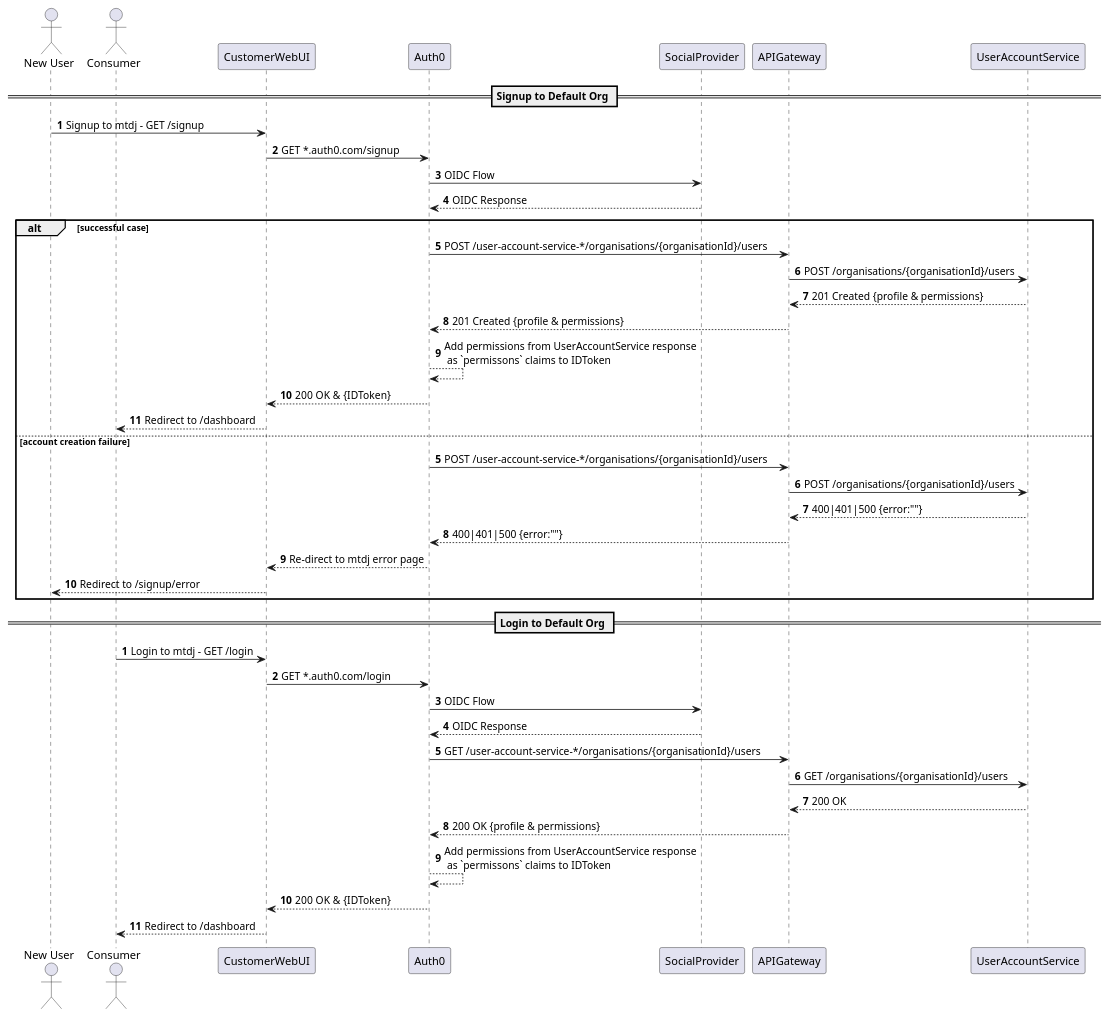
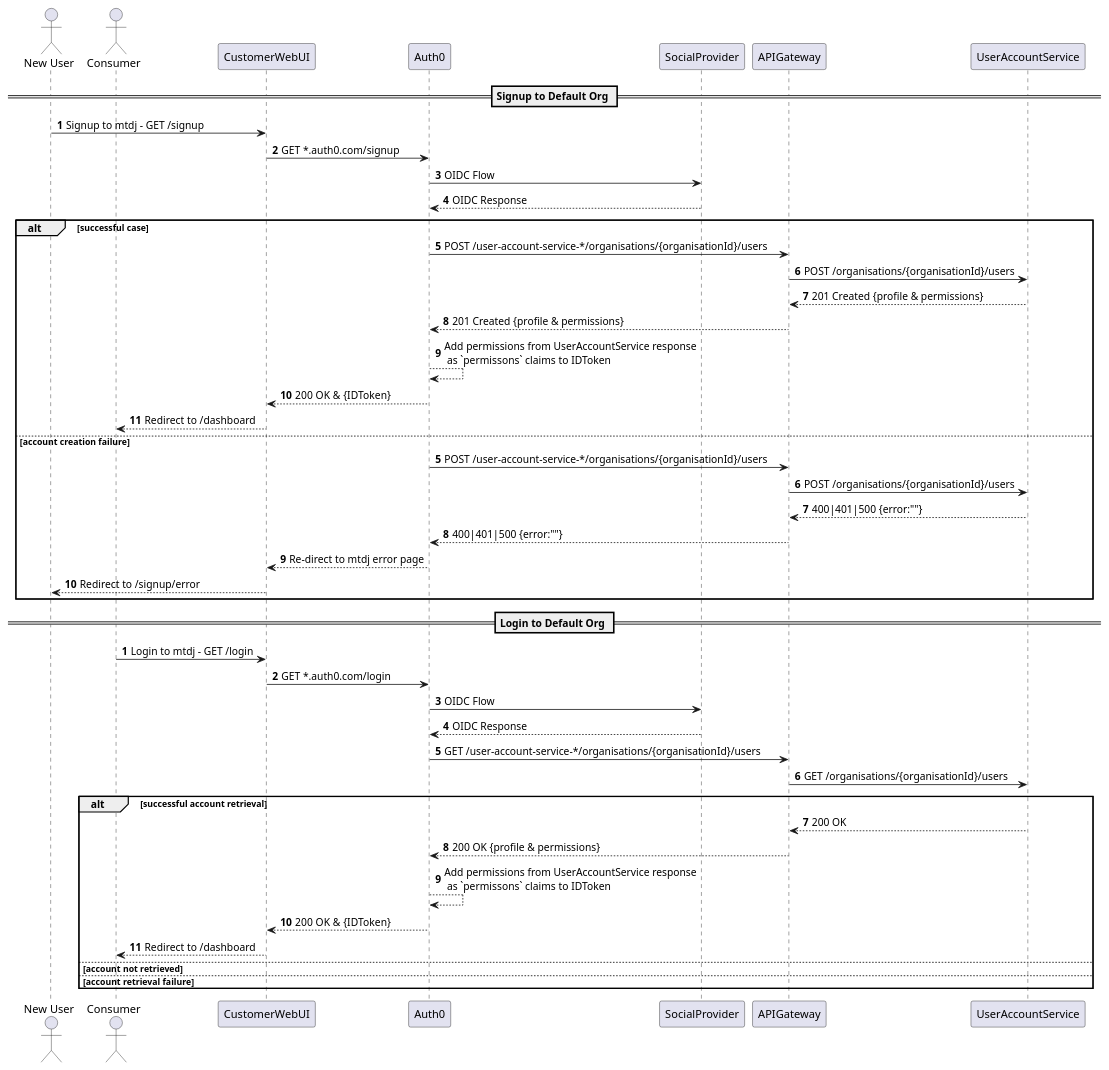
The diagram in diagrams/plantuml/consumer-auth-journey.puml (math-dojo/architecture), drawn with PlantUML before and after one commit.

Commit message:
Add cases for login scenario

```diff
--- a/diagrams/plantuml/consumer-auth-journey.puml
+++ b/diagrams/plantuml/consumer-auth-journey.puml
@@ -1,45 +1,49 @@
 @startuml consumer-auth-journey
 skinparam responseMessageBelowArrow true
 actor "New User" as N
 actor Consumer
 
 == Signup to Default Org ==
 autonumber
 N -> CustomerWebUI: Signup to mtdj - GET /signup
 CustomerWebUI -> Auth0: GET *.auth0.com/signup
 Auth0 -> SocialProvider: OIDC Flow
 SocialProvider --> Auth0: OIDC Response
 alt successful case
     Auth0 -> APIGateway: POST /user-account-service-*/organisations/{organisationId}/users
     APIGateway -> UserAccountService: POST /organisations/{organisationId}/users
     UserAccountService --> APIGateway: 201 Created {profile & permissions}
     APIGateway --> Auth0: 201 Created {profile & permissions}
     Auth0 --> Auth0: Add permissions from UserAccountService response\n as `permissons` claims to IDToken
     Auth0 --> CustomerWebUI: 200 OK & {IDToken}
     CustomerWebUI --> Consumer: Redirect to /dashboard
 else account creation failure
 autonumber 5
     Auth0 -> APIGateway: POST /user-account-service-*/organisations/{organisationId}/users
     APIGateway -> UserAccountService: POST /organisations/{organisationId}/users
     UserAccountService --> APIGateway: 400|401|500 {error:""}
     APIGateway --> Auth0: 400|401|500 {error:""}
     Auth0 --> CustomerWebUI: Re-direct to mtdj error page
     CustomerWebUI --> N: Redirect to /signup/error
 end
 
 
 == Login to Default Org ==
 autonumber
 Consumer -> CustomerWebUI: Login to mtdj - GET /login
 CustomerWebUI -> Auth0: GET *.auth0.com/login
 Auth0 -> SocialProvider: OIDC Flow
 SocialProvider --> Auth0: OIDC Response
 Auth0 -> APIGateway: GET /user-account-service-*/organisations/{organisationId}/users
 APIGateway -> UserAccountService: GET /organisations/{organisationId}/users
-UserAccountService --> APIGateway: 200 OK
-APIGateway --> Auth0: 200 OK {profile & permissions}
-Auth0 --> Auth0: Add permissions from UserAccountService response\n as `permissons` claims to IDToken
-Auth0 --> CustomerWebUI: 200 OK & {IDToken}
-CustomerWebUI --> Consumer: Redirect to /dashboard
+alt successful account retrieval
+    UserAccountService --> APIGateway: 200 OK
+    APIGateway --> Auth0: 200 OK {profile & permissions}
+    Auth0 --> Auth0: Add permissions from UserAccountService response\n as `permissons` claims to IDToken
+    Auth0 --> CustomerWebUI: 200 OK & {IDToken}
+    CustomerWebUI --> Consumer: Redirect to /dashboard
+else account not retrieved
+else account retrieval failure
+end
 
 @enduml
```
